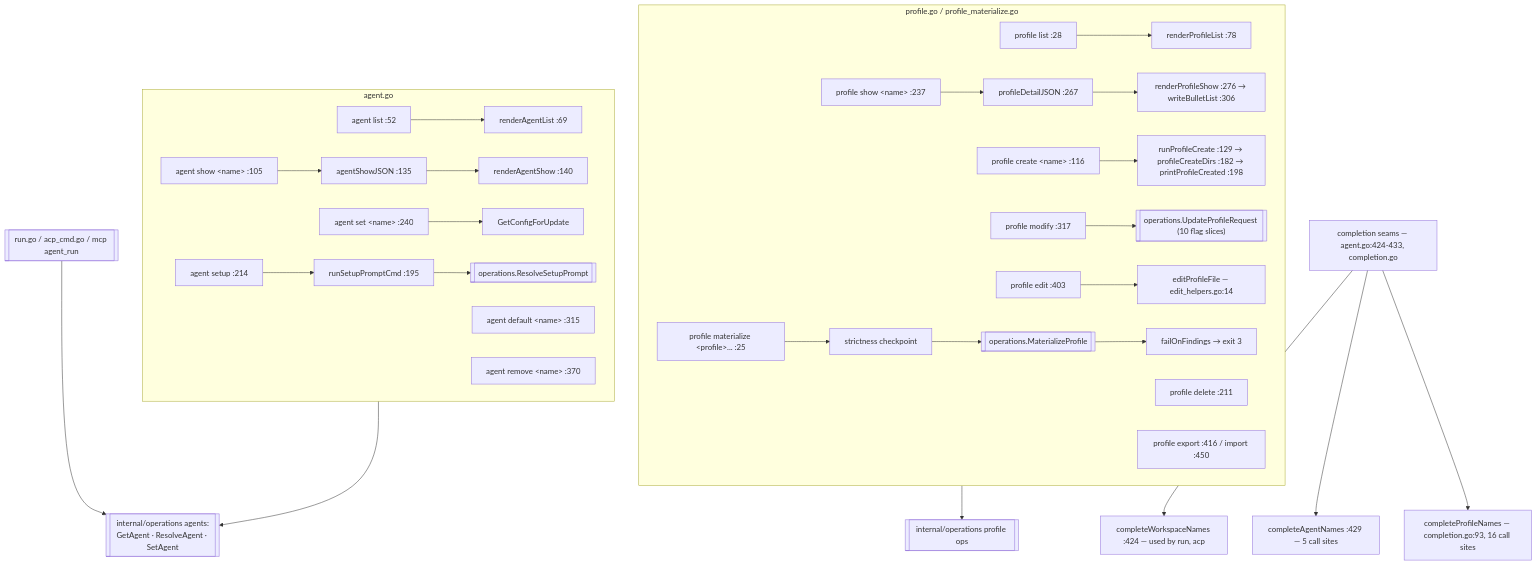
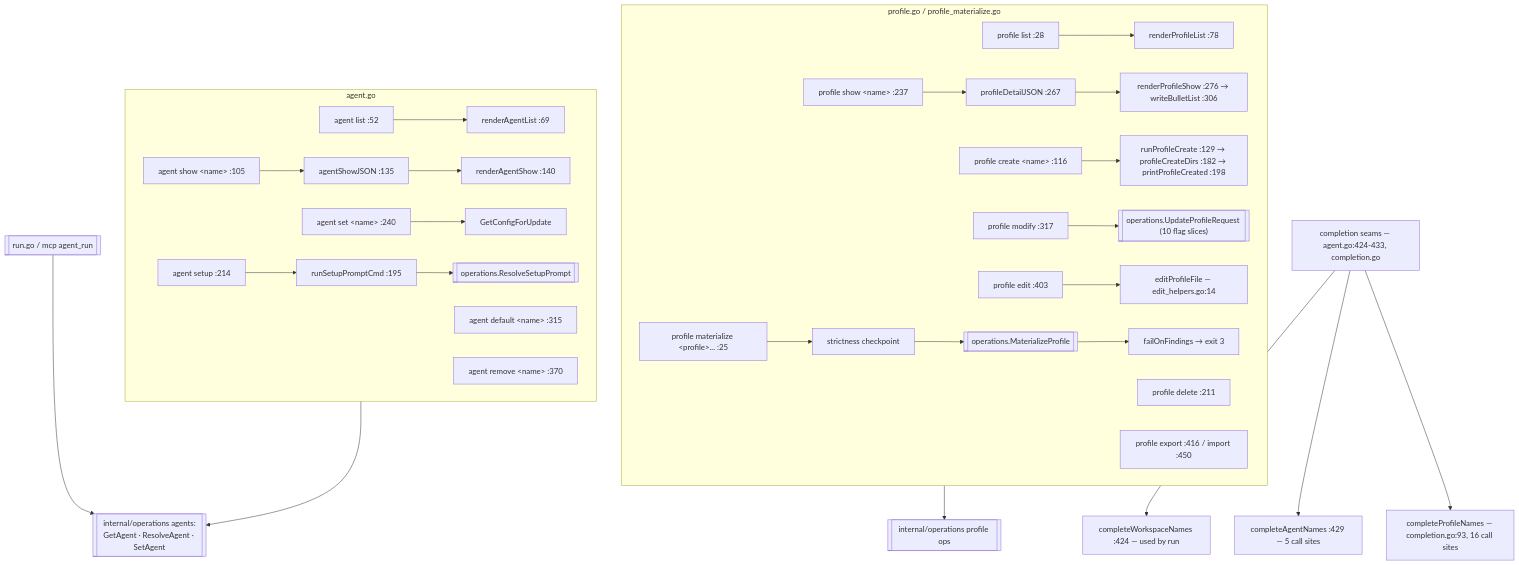
Before and after one commit to ctxloom/ctxloom: the diagram in docs/architecture/cli/profiles-and-agents.md, drawn with Mermaid. The commit also changed other lines of this file and 86 other files, not shown here.

````diff
--- a/docs/architecture/cli/profiles-and-agents.md
+++ b/docs/architecture/cli/profiles-and-agents.md
@@ -13,34 +13,34 @@
 ```mermaid
 flowchart TD
     subgraph prof["profile.go / profile_materialize.go"]
         PL["profile list :28"] --> RPL["renderProfileList :78"]
         PS["profile show &lt;name&gt; :237"] --> PDJ["profileDetailJSON :267"] --> RPS["renderProfileShow :276 → writeBulletList :306"]
         PC["profile create &lt;name&gt; :116"] --> RPC["runProfileCreate :129 → profileCreateDirs :182 → printProfileCreated :198"]
         PD["profile delete :211"]
         PM["profile modify :317"] --> UPR[["operations.UpdateProfileRequest (10 flag slices)"]]
         PE["profile edit :403"] --> EPF["editProfileFile — edit_helpers.go:14"]
         PX["profile export :416 / import :450"]
         PMAT["profile materialize &lt;profile&gt;... :25"] --> MARK["strictness checkpoint"] --> MP[["operations.MaterializeProfile"]] --> FOF["failOnFindings → exit 3"]
     end
 
     subgraph agent["agent.go"]
         AL["agent list :52"] --> RAL["renderAgentList :69"]
         AS["agent show &lt;name&gt; :105"] --> ASJ["agentShowJSON :135"] --> RAS["renderAgentShow :140"]
         ASET["agent set &lt;name&gt; :240"] --> GCU["GetConfigForUpdate"]
         ADEF["agent default &lt;name&gt; :315"]
         AREM["agent remove &lt;name&gt; :370"]
         ASETUP["agent setup :214"] --> RSPC["runSetupPromptCmd :195"] --> RSP[["operations.ResolveSetupPrompt"]]
     end
 
     OPSP[["internal/operations profile ops"]]
     OPSA[["internal/operations agents:<br/>GetAgent · ResolveAgent · SetAgent"]]
     prof --> OPSP
     agent --> OPSA
 
     COMP["completion seams — agent.go:424-433, completion.go"]
-    COMP --> CWN["completeWorkspaceNames :424 — used by run, acp"]
+    COMP --> CWN["completeWorkspaceNames :424 — used by run"]
     COMP --> CAN["completeAgentNames :429 — 5 call sites"]
     COMP --> CPN["completeProfileNames — completion.go:93, 16 call sites"]
 
-    RUN[["run.go / acp_cmd.go / mcp agent_run"]] --> OPSA
+    RUN[["run.go / mcp agent_run"]] --> OPSA
 ```
````
